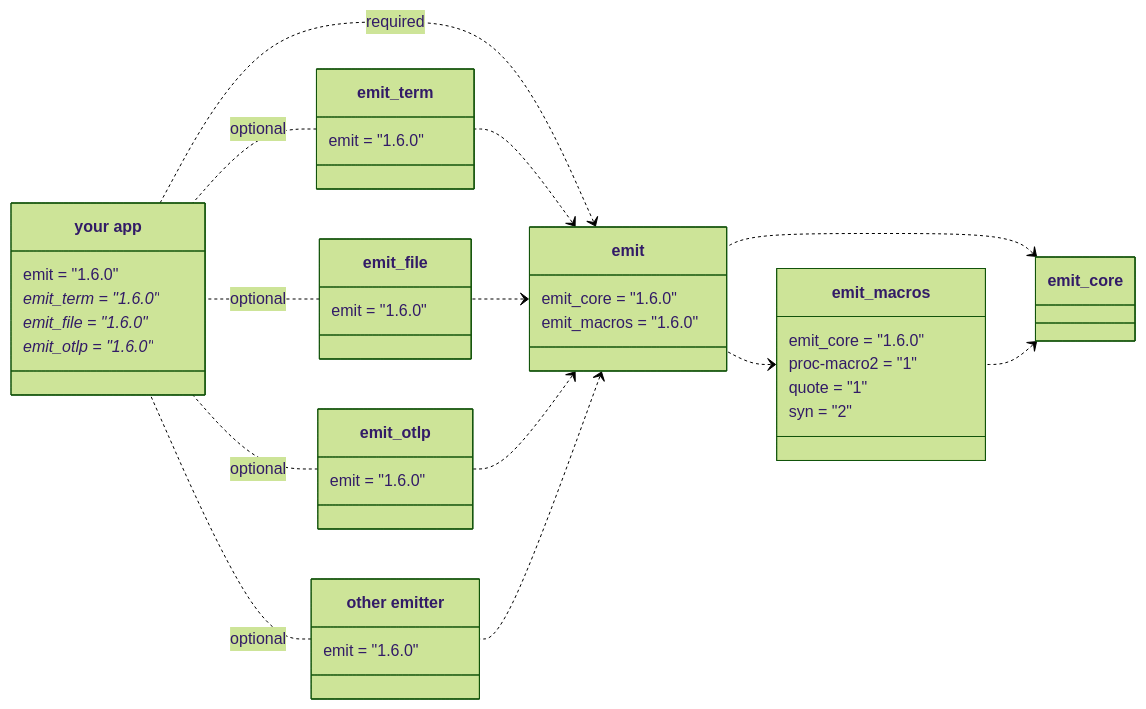
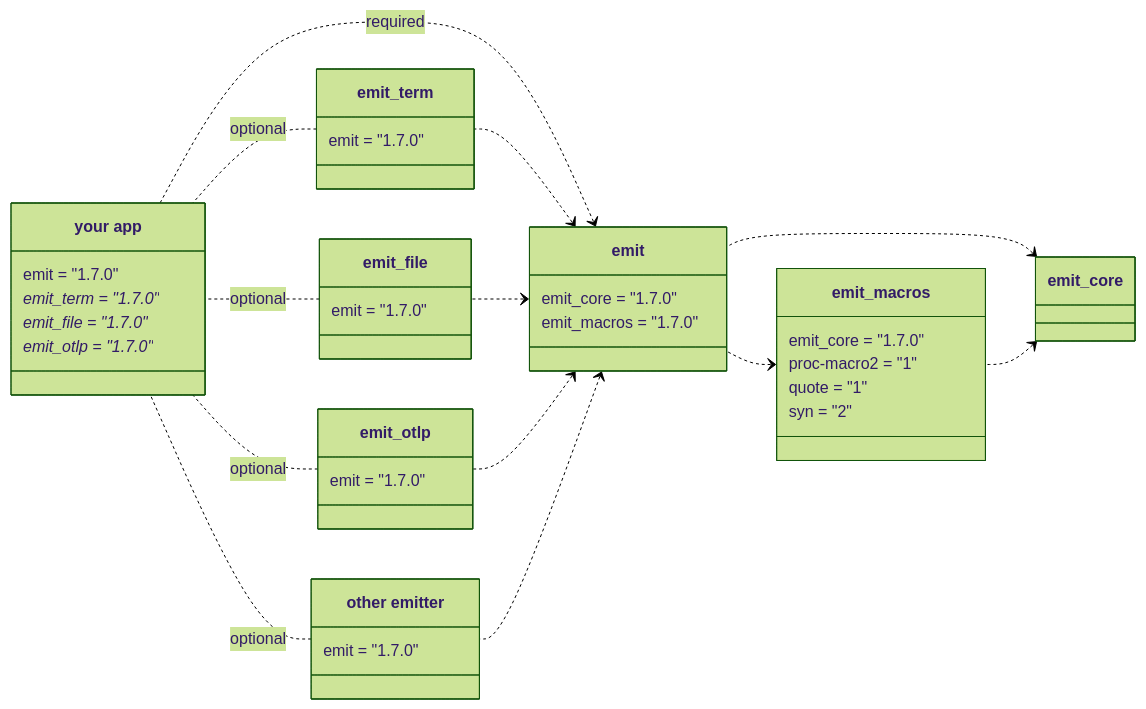
One commit to emit-rs/emit changed the first of 5 diagrams in book/src/reference/architecture.md. Above: the diagram before and after it, drawn with Mermaid (forest theme). The commit also changed other lines of this file and 62 other files, not shown here.

````diff
--- a/book/src/reference/architecture.md
+++ b/book/src/reference/architecture.md
@@ -9,62 +9,62 @@
 ```mermaid
 classDiagram
     direction RL
     
     emit_core <.. emit_macros
     emit_core <.. emit
     emit_macros <.. emit
 
     class emit_macros {
-        emit_core = "1.6.0"
+        emit_core = "1.7.0"
         proc-macro2 = "1"
         quote = "1"
         syn = "2"
     }
 
     emit <.. emit_term
     emit <.. emit_file
     emit <.. emit_otlp
     emit <.. emit_custom
 
     emit <.. app : required
 
     class emit {
-        emit_core = "1.6.0"
-        emit_macros = "1.6.0"
+        emit_core = "1.7.0"
+        emit_macros = "1.7.0"
     }
 
     emit_term .. app : optional
     emit_file .. app : optional
     emit_otlp .. app : optional
     emit_custom .. app : optional
 
     class emit_term {
-        emit = "1.6.0"
+        emit = "1.7.0"
     }
 
     class emit_file {
-        emit = "1.6.0"
+        emit = "1.7.0"
     }
 
     class emit_otlp {
-        emit = "1.6.0"
+        emit = "1.7.0"
     }
 
     class emit_custom["other emitter"] {
-        emit = "1.6.0"
+        emit = "1.7.0"
     }
 
     class app["your app"] {
-        emit = "1.6.0"
-        emit_term = "1.6.0"*
-        emit_file = "1.6.0"*
-        emit_otlp = "1.6.0"*
+        emit = "1.7.0"
+        emit_term = "1.7.0"*
+        emit_file = "1.7.0"*
+        emit_otlp = "1.7.0"*
     }
 
-    click emit_core href "https://docs.rs/emit_core/1.6.0/emit_core/index.html"
-    click emit_macros href "https://docs.rs/emit_macros/1.6.0/emit_macros/index.html"
-    click emit href "https://docs.rs/emit/1.6.0/emit/index.html"
-    click emit_term href "https://docs.rs/emit_term/1.6.0/emit_term/index.html"
-    click emit_file href "https://docs.rs/emit_file/1.6.0/emit_file/index.html"
-    click emit_otlp href "https://docs.rs/emit_otlp/1.6.0/emit_otlp/index.html"
+    click emit_core href "https://docs.rs/emit_core/1.7.0/emit_core/index.html"
+    click emit_macros href "https://docs.rs/emit_macros/1.7.0/emit_macros/index.html"
+    click emit href "https://docs.rs/emit/1.7.0/emit/index.html"
+    click emit_term href "https://docs.rs/emit_term/1.7.0/emit_term/index.html"
+    click emit_file href "https://docs.rs/emit_file/1.7.0/emit_file/index.html"
+    click emit_otlp href "https://docs.rs/emit_otlp/1.7.0/emit_otlp/index.html"
 ```
````
